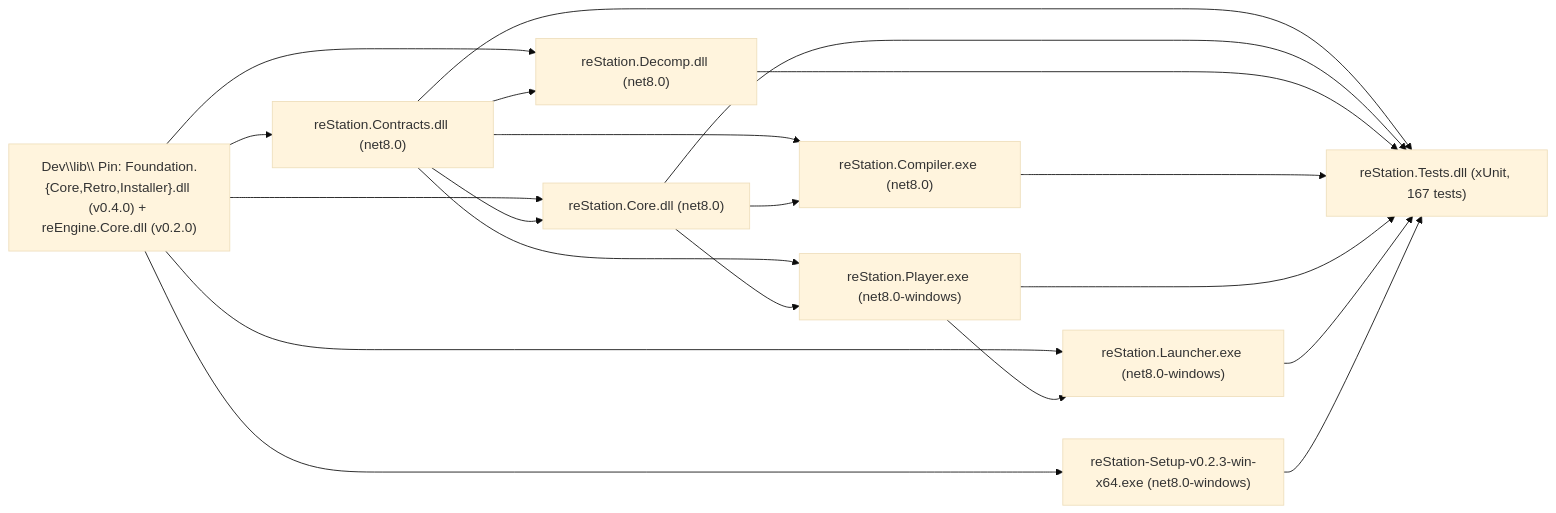
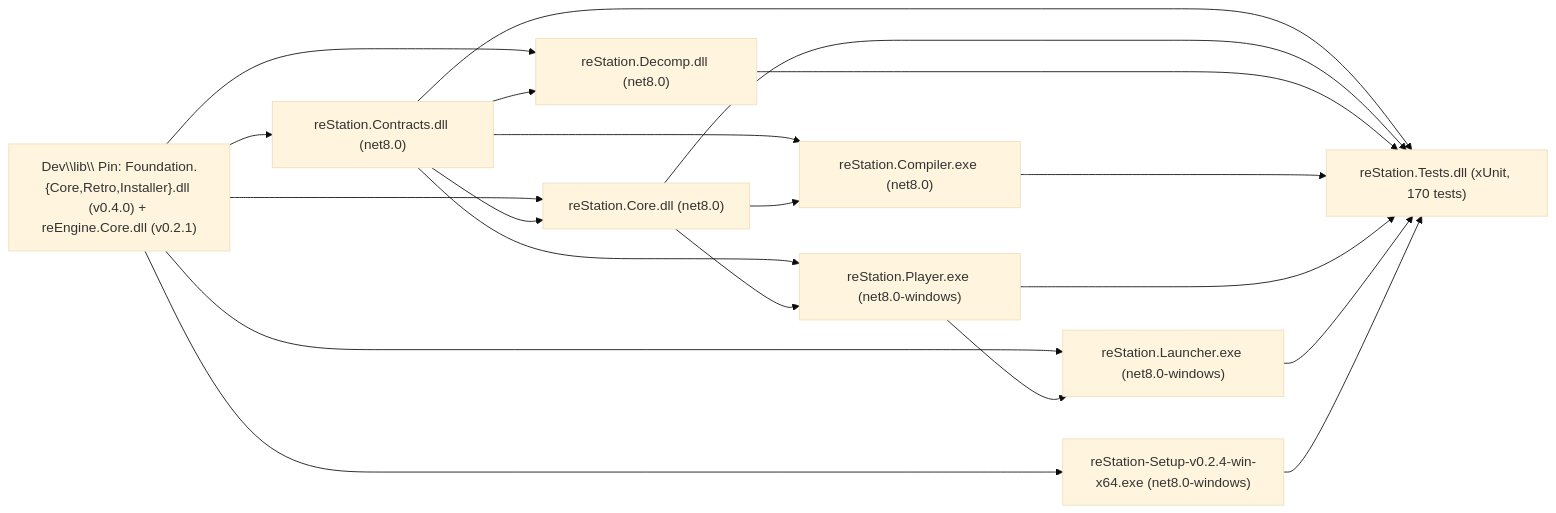
One commit to StreamItAllGit/reSlate changed the second of 2 diagrams in Dev/docs/ARCHITECTURE.md. Above: the diagram before and after it, drawn with Mermaid (base theme). The commit also changed other lines of this file and 28 other files, not shown here.

Commit message:
Release reStation v0.2.4: Setup Wizard folder auto-sort and reEngine.Core v0.2.1 sync

````diff
--- a/Dev/docs/ARCHITECTURE.md
+++ b/Dev/docs/ARCHITECTURE.md
@@ -51,32 +51,32 @@
 ```mermaid
 flowchart LR
-    EXT["Dev\\lib\\ Pin: Foundation.{Core,Retro,Installer}.dll (v0.4.0) + reEngine.Core.dll (v0.2.0)"]
+    EXT["Dev\\lib\\ Pin: Foundation.{Core,Retro,Installer}.dll (v0.4.0) + reEngine.Core.dll (v0.2.1)"]
     CON["reStation.Contracts.dll (net8.0)"]
     CORE["reStation.Core.dll (net8.0)"]
     DEC["reStation.Decomp.dll (net8.0)"]
     CMP["reStation.Compiler.exe (net8.0)"]
     PLY["reStation.Player.exe (net8.0-windows)"]
     LNC["reStation.Launcher.exe (net8.0-windows)"]
-    INS["reStation-Setup-v0.2.3-win-x64.exe (net8.0-windows)"]
-    TST["reStation.Tests.dll (xUnit, 167 tests)"]
+    INS["reStation-Setup-v0.2.4-win-x64.exe (net8.0-windows)"]
+    TST["reStation.Tests.dll (xUnit, 170 tests)"]
 
     EXT --> CON
     EXT --> CORE
     EXT --> DEC
     EXT --> INS
     EXT --> LNC
     CON --> CORE
     CON --> DEC
     CON --> CMP
     CON --> PLY
     CORE --> CMP
     CORE --> PLY
     PLY --> LNC
     CON --> TST
     CORE --> TST
     DEC --> TST
     CMP --> TST
     PLY --> TST
     LNC --> TST
     INS --> TST
 ```
````
